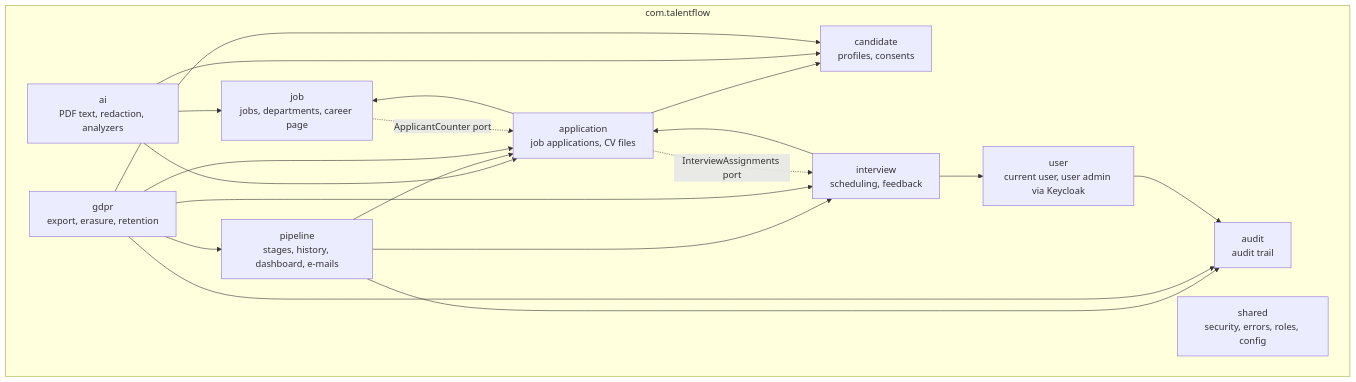
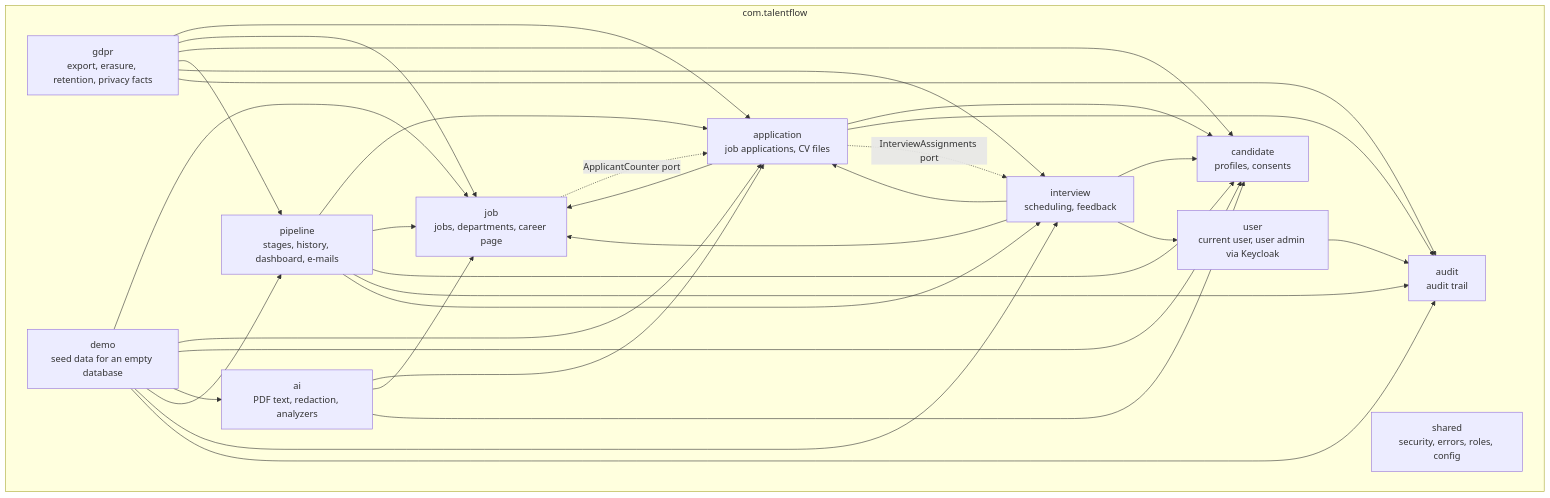
The second of 5 diagrams in docs/architecture.md (bechir76/talentflow), drawn with Mermaid before and after one commit. The commit also changed other lines of this file and 1 other file, not shown here.

First line of the commit message:
docs: align README and architecture with the current code

````diff
--- a/docs/architecture.md
+++ b/docs/architecture.md
@@ -57,34 +58,48 @@
 ```mermaid
 flowchart TB
     subgraph modules[com.talentflow]
         job[job<br/>jobs, departments, career page]
         application[application<br/>job applications, CV files]
         candidate[candidate<br/>profiles, consents]
         ai[ai<br/>PDF text, redaction, analyzers]
         pipeline[pipeline<br/>stages, history, dashboard, e-mails]
         interview[interview<br/>scheduling, feedback]
-        gdpr[gdpr<br/>export, erasure, retention]
+        gdpr[gdpr<br/>export, erasure, retention, privacy facts]
         audit[audit<br/>audit trail]
         user[user<br/>current user, user admin via Keycloak]
         shared[shared<br/>security, errors, roles, config]
+        demo[demo<br/>seed data for an empty database]
     end
 
     application --> job
     application --> candidate
+    application --> audit
     ai --> application
     ai --> job
     ai --> candidate
     pipeline --> application
+    pipeline --> job
+    pipeline --> candidate
     pipeline --> audit
     pipeline --> interview
     interview --> application
+    interview --> job
+    interview --> candidate
     interview --> user
     gdpr --> application
+    gdpr --> job
     gdpr --> candidate
     gdpr --> pipeline
     gdpr --> interview
     gdpr --> audit
     user --> audit
+    demo --> job
+    demo --> application
+    demo --> candidate
+    demo --> ai
+    demo --> pipeline
+    demo --> interview
+    demo --> audit
     job -. "ApplicantCounter port" .-> application
     application -. "InterviewAssignments port" .-> interview
 ```
````
